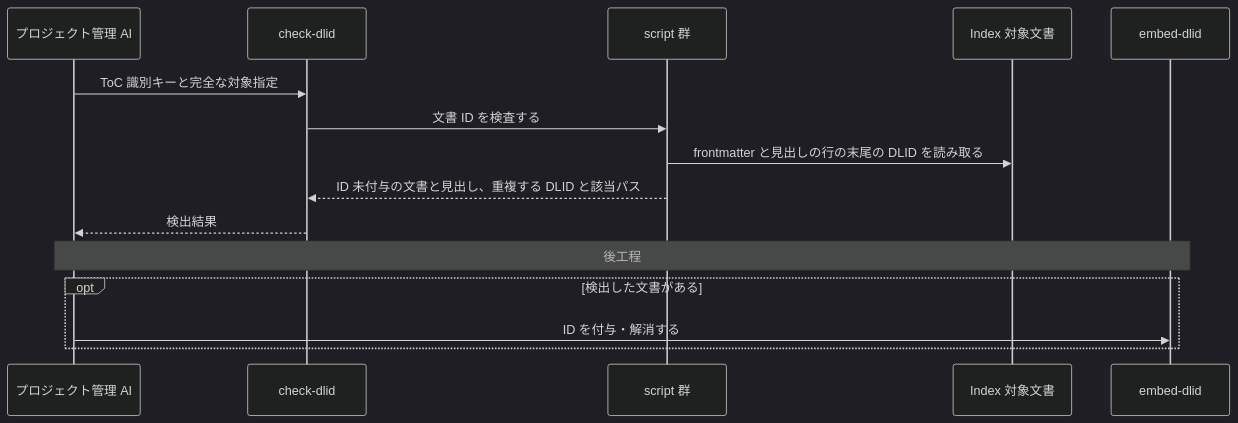
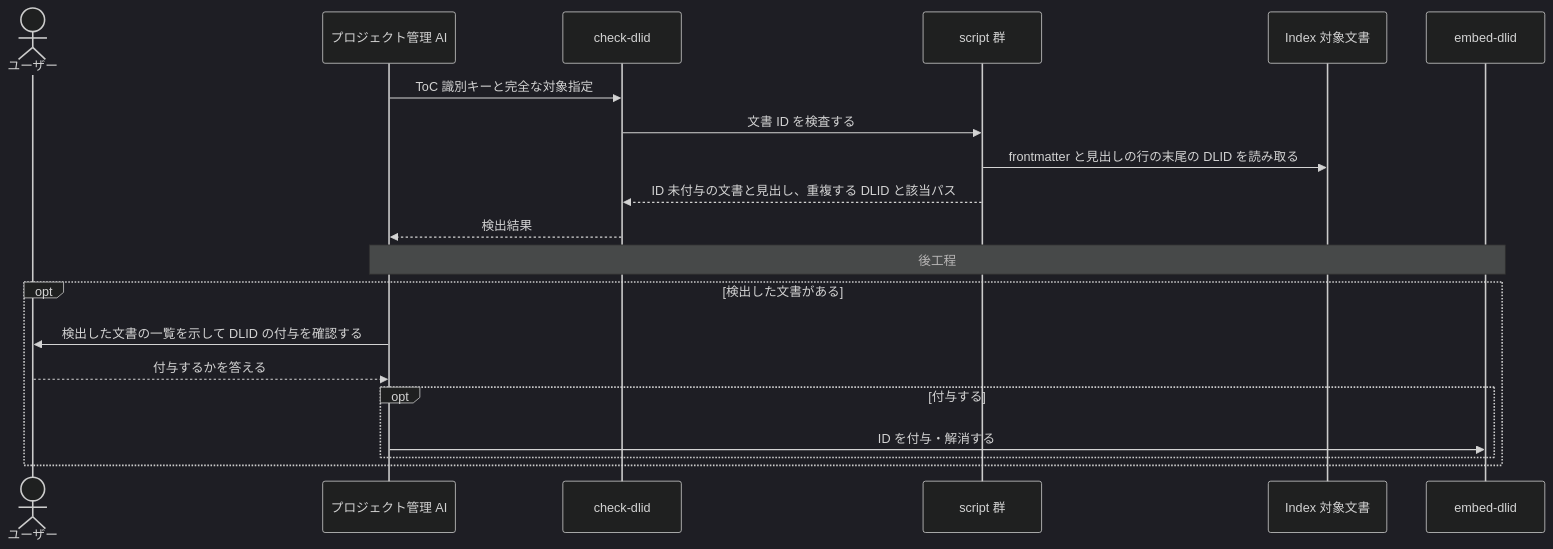
One commit to BlueEventHorizon/doc-link changed the fifth of 10 diagrams in docs/specs/design/DES-010_skill-composition.md. Above: the diagram before and after it, drawn with Mermaid (dark theme). The commit also changed other lines of this file and 14 other files, not shown here.

First line of the commit message:
fix(doc-link): 導入・変更後の操作の流れを定める（check-dlid → embed-dlid → check-links → index-docs → check-impact。付与と書き直しは利用者に確認）

````diff
--- a/docs/specs/design/DES-010_skill-composition.md
+++ b/docs/specs/design/DES-010_skill-composition.md
@@ -261,18 +264,23 @@
 ```mermaid
 sequenceDiagram
+    actor User as ユーザー
     participant PM as プロジェクト管理 AI
     participant Skill as check-dlid
     participant Scripts as script 群
     participant Docs as Index 対象文書
     participant Embed as embed-dlid
 
     PM->>Skill: ToC 識別キーと完全な対象指定
     Skill->>Scripts: 文書 ID を検査する
     Scripts->>Docs: frontmatter と見出しの行の末尾の DLID を読み取る
     Scripts-->>Skill: ID 未付与の文書と見出し、重複する DLID と該当パス
     Skill-->>PM: 検出結果
     Note over PM,Embed: 後工程
     opt 検出した文書がある
-        PM->>Embed: ID を付与・解消する
+        PM->>User: 検出した文書の一覧を示して DLID の付与を確認する
+        User-->>PM: 付与するかを答える
+        opt 付与する
+            PM->>Embed: ID を付与・解消する
+        end
     end
 ```
````
